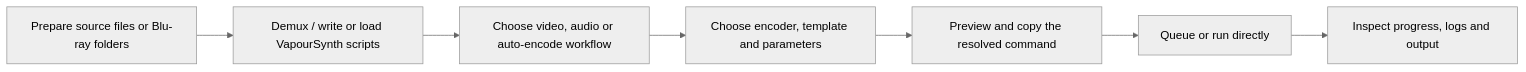
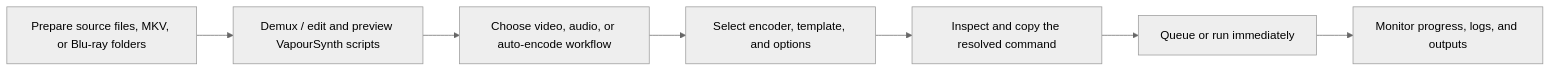
One commit to frankie1024/FlowEncode changed the diagram in README.en.md. Above: the diagram before and after it, drawn with Mermaid (neutral theme). The commit also changed other lines of this file and 1 other file, not shown here.

````diff
--- a/README.en.md
+++ b/README.en.md
@@ -78,9 +64,9 @@
 ```mermaid
 flowchart LR
-  A["Prepare source files or Blu-ray folders"] --> B["Demux / write or load VapourSynth scripts"]
-  B --> C["Choose video, audio or auto-encode workflow"]
-  C --> D["Choose encoder, template and parameters"]
-  D --> E["Preview and copy the resolved command"]
-  E --> F["Queue or run directly"]
-  F --> G["Inspect progress, logs and output"]
+  A["Prepare source files, MKV, or Blu-ray folders"] --> B["Demux / edit and preview VapourSynth scripts"]
+  B --> C["Choose video, audio, or auto-encode workflow"]
+  C --> D["Select encoder, template, and options"]
+  D --> E["Inspect and copy the resolved command"]
+  E --> F["Queue or run immediately"]
+  F --> G["Monitor progress, logs, and outputs"]
 ```
````
